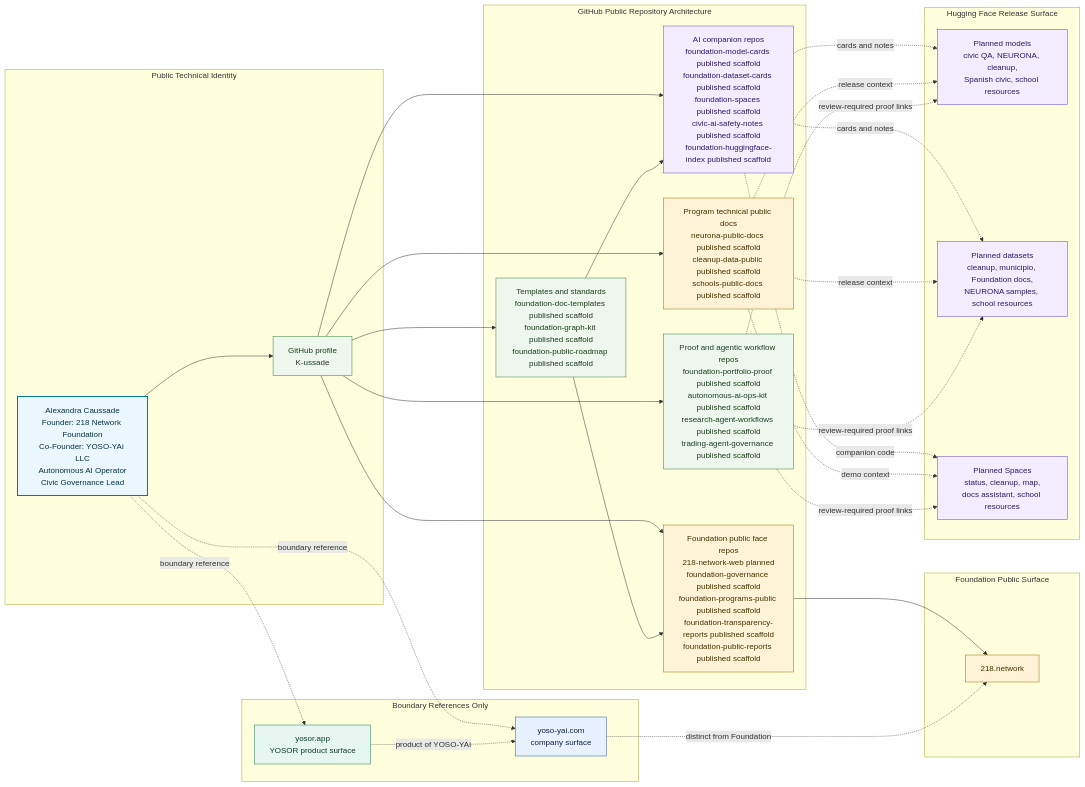
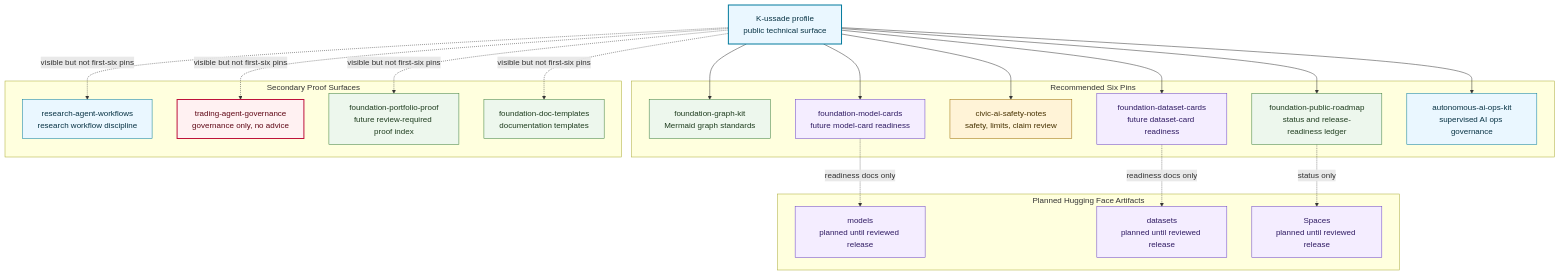
Before and after one commit to K-ussade/K-ussade: the second of 3 diagrams in VISUALS.md, drawn with Mermaid. The commit also changed other lines of this file and 2 other files, not shown here.

Commit message:
Polish K-ussade public profile pins

````diff
--- a/VISUALS.md
+++ b/VISUALS.md
@@ -9,60 +50,47 @@
 ```mermaid
-flowchart LR
-  subgraph identity["Public Technical Identity"]
-    alexandra["Alexandra Caussade<br/>Founder: 218 Network Foundation<br/>Co-Founder: YOSO-YAi LLC<br/>Autonomous AI Operator<br/>Civic Governance Lead"]:::authority
-    profile["GitHub profile<br/>K-ussade"]:::public
+flowchart TB
+  profile["K-ussade profile<br/>public technical surface"]:::authority
+
+  subgraph pins["Recommended Six Pins"]
+    graphKit["foundation-graph-kit<br/>Mermaid graph standards"]:::public
+    roadmap["foundation-public-roadmap<br/>status and release-readiness ledger"]:::public
+    safety["civic-ai-safety-notes<br/>safety, limits, claim review"]:::foundation
+    modelCards["foundation-model-cards<br/>future model-card readiness"]:::release
+    datasetCards["foundation-dataset-cards<br/>future dataset-card readiness"]:::release
+    aiOps["autonomous-ai-ops-kit<br/>supervised AI ops governance"]:::workflow
   end
 
-  subgraph foundationDomain["Foundation Public Surface"]
-    network["218.network"]:::foundation
+  subgraph secondary["Secondary Proof Surfaces"]
+    research["research-agent-workflows<br/>research workflow discipline"]:::workflow
+    trading["trading-agent-governance<br/>governance only, no advice"]:::risk
+    portfolio["foundation-portfolio-proof<br/>future review-required proof index"]:::public
+    templates["foundation-doc-templates<br/>documentation templates"]:::public
   end
 
-  subgraph boundaryRefs["Boundary References Only"]
-    yoso["yoso-yai.com<br/>company surface"]:::company
-    yosor["yosor.app<br/>YOSOR product surface"]:::product
+  subgraph plannedHf["Planned Hugging Face Artifacts"]
+    models["models<br/>planned until reviewed release"]:::release
+    datasets["datasets<br/>planned until reviewed release"]:::release
+    spaces["Spaces<br/>planned until reviewed release"]:::release
   end
 
-  subgraph github["GitHub Public Repository Architecture"]
-    publicFace["Foundation public face repos<br/>218-network-web planned<br/>foundation-governance published scaffold<br/>foundation-programs-public published scaffold<br/>foundation-transparency-reports published scaffold<br/>foundation-public-reports published scaffold"]:::foundation
-    aiCompanions["AI companion repos<br/>foundation-model-cards published scaffold<br/>foundation-dataset-cards published scaffold<br/>foundation-spaces published scaffold<br/>civic-ai-safety-notes published scaffold<br/>foundation-huggingface-index published scaffold"]:::release
-    standards["Templates and standards<br/>foundation-doc-templates published scaffold<br/>foundation-graph-kit published scaffold<br/>foundation-public-roadmap published scaffold"]:::public
-    programDocs["Program technical public docs<br/>neurona-public-docs published scaffold<br/>cleanup-data-public published scaffold<br/>schools-public-docs published scaffold"]:::foundation
-    proofOps["Proof and agentic workflow repos<br/>foundation-portfolio-proof published scaffold<br/>autonomous-ai-ops-kit published scaffold<br/>research-agent-workflows published scaffold<br/>trading-agent-governance published scaffold"]:::public
-  end
+  profile --> graphKit
+  profile --> roadmap
+  profile --> safety
+  profile --> modelCards
+  profile --> datasetCards
+  profile --> aiOps
+  profile -. visible but not first-six pins .-> research
+  profile -. visible but not first-six pins .-> trading
+  profile -. visible but not first-six pins .-> portfolio
+  profile -. visible but not first-six pins .-> templates
+  modelCards -. readiness docs only .-> models
+  datasetCards -. readiness docs only .-> datasets
+  roadmap -. status only .-> spaces
 
-  subgraph hf["Hugging Face Release Surface"]
-    models["Planned models<br/>civic QA, NEURONA, cleanup,<br/>Spanish civic, school resources"]:::release
-    datasets["Planned datasets<br/>cleanup, municipio, Foundation docs,<br/>NEURONA samples, school resources"]:::release
-    spaces["Planned Spaces<br/>status, cleanup, map,<br/>docs assistant, school resources"]:::release
-  end
-
-  alexandra --> profile
-  profile --> publicFace
-  profile --> aiCompanions
-  profile --> standards
-  profile --> programDocs
-  profile --> proofOps
-  publicFace --> network
-  aiCompanions -. cards and notes .-> models
-  aiCompanions -. cards and notes .-> datasets
-  aiCompanions -. companion code .-> spaces
-  standards --> publicFace
-  standards --> aiCompanions
-  programDocs -. release context .-> models
-  programDocs -. release context .-> datasets
-  programDocs -. demo context .-> spaces
-  proofOps -. review-required proof links .-> models
-  proofOps -. review-required proof links .-> datasets
-  proofOps -. review-required proof links .-> spaces
-  alexandra -. boundary reference .-> yoso
-  alexandra -. boundary reference .-> yosor
-  yoso -. distinct from Foundation .-> network
-  yosor -. product of YOSO-YAi .-> yoso
-
-  classDef company fill:#e8f1ff,stroke:#2457a6,color:#0f2345;
-  classDef product fill:#e6f7f1,stroke:#1f7a55,color:#0f3d2d;
+  classDef public fill:#edf7ed,stroke:#3a7d3a,color:#1f3d1f;
   classDef foundation fill:#fff3d7,stroke:#9a6b00,color:#463100;
-  classDef public fill:#edf7ed,stroke:#3a7d3a,color:#1f3d1f;
   classDef release fill:#f4edff,stroke:#6941c6,color:#2f1b63;
+  classDef workflow fill:#eaf7ff,stroke:#027a9d,color:#083344;
+  classDef risk fill:#fff1f2,stroke:#be123c,stroke-width:2px,color:#5f0715;
   classDef authority fill:#eaf7ff,stroke:#027a9d,stroke-width:2px,color:#083344;
 ```
````
